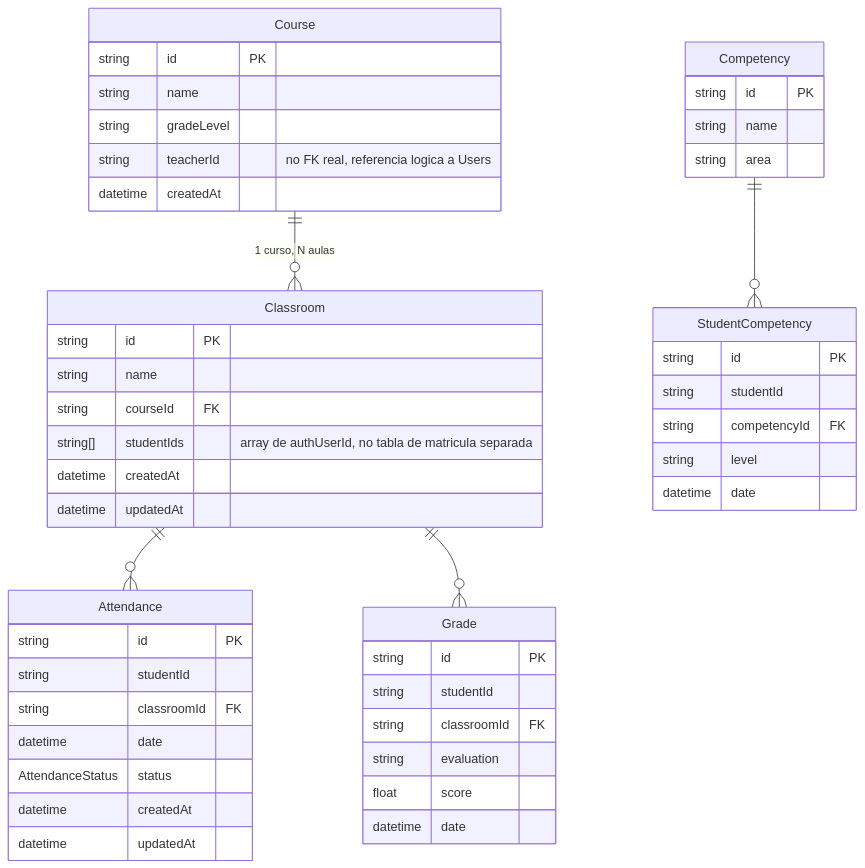
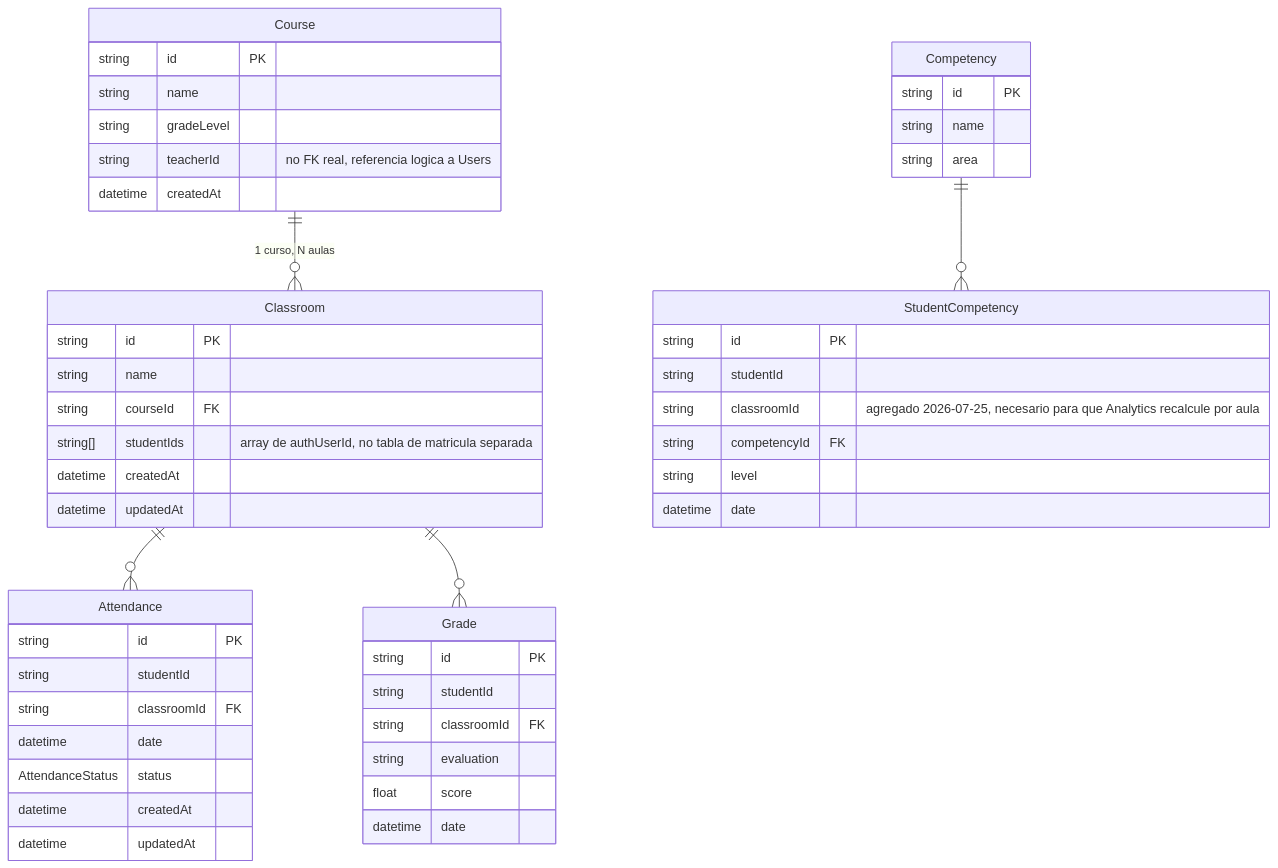
The fifth of 9 diagrams in docs/DATABASE.md (V-Yeimi19/Hackaton-MINEDU-Backend), drawn with Mermaid before and after one commit. The commit also changed other lines of this file and 4 other files, not shown here.

````diff
--- a/docs/DATABASE.md
+++ b/docs/DATABASE.md
@@ -76,52 +76,53 @@
 ```mermaid
 erDiagram
     Course ||--o{ Classroom : "1 curso, N aulas"
     Classroom ||--o{ Attendance : ""
     Classroom ||--o{ Grade : ""
     Competency ||--o{ StudentCompetency : ""
 
     Course {
         string id PK
         string name
         string gradeLevel
         string teacherId "no FK real, referencia logica a Users"
         datetime createdAt
     }
     Classroom {
         string id PK
         string name
         string courseId FK
         string[] studentIds "array de authUserId, no tabla de matricula separada"
         datetime createdAt
         datetime updatedAt
     }
     Attendance {
         string id PK
         string studentId
         string classroomId FK
         datetime date
         AttendanceStatus status
         datetime createdAt
         datetime updatedAt
     }
     Grade {
         string id PK
         string studentId
         string classroomId FK
         string evaluation
         float score
         datetime date
     }
     Competency {
         string id PK
         string name
         string area
     }
     StudentCompetency {
         string id PK
         string studentId
+        string classroomId "agregado 2026-07-25, necesario para que Analytics recalcule por aula"
         string competencyId FK
         string level
         datetime date
     }
 ```
````
